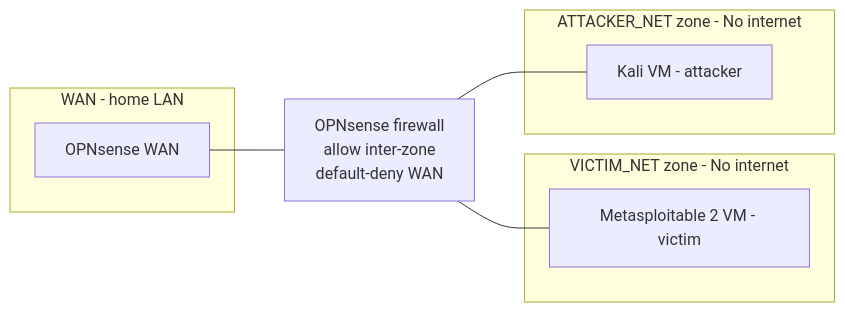
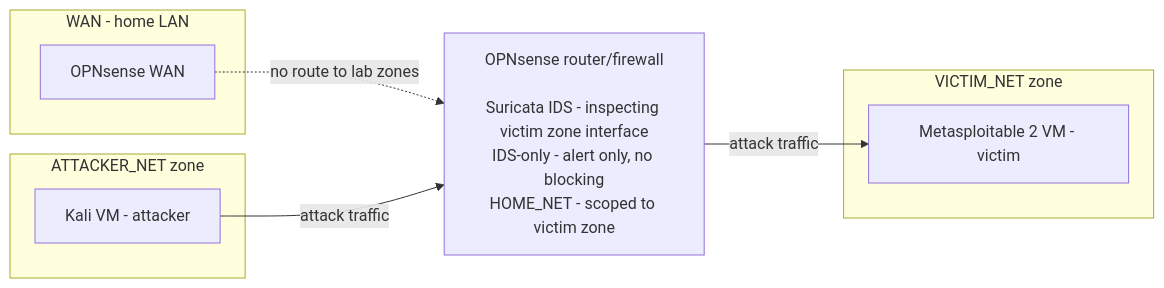
Before and after one commit to oliver-vucic/homelab-IDS: the diagram in README.md, drawn with Mermaid.

Commit message:
README.md_Draft5

````diff
--- a/README.md
+++ b/README.md
@@ -9,16 +9,16 @@
 ```mermaid
 flowchart LR
     subgraph WAN["WAN - home LAN"]
-        FW_WAN["OPNsense WAN"]
+        HOME["OPNsense WAN"]
     end
-    subgraph VICTIM_NET["VICTIM_NET zone - No internet"]
+    subgraph VICTIM_NET["VICTIM_NET zone"]
         VICTIM["Metasploitable 2 VM - victim"]
     end
-    subgraph ATTACKER_NET["ATTACKER_NET zone - No internet"]
+    subgraph ATTACKER_NET["ATTACKER_NET zone"]
         KALI["Kali VM - attacker"]
     end
-    FW["OPNsense firewall<br/>allow inter-zone<br/>default-deny WAN"]
-    FW_WAN --- FW
-    FW --- VICTIM
-    FW --- KALI
+    FW["OPNsense router/firewall<br/><br/>Suricata IDS - inspecting victim zone interface<br/>IDS-only - alert only, no blocking<br/>HOME_NET - scoped to victim zone"]
+    HOME -.->|"no route to lab zones"| FW
+    FW -->|"attack traffic"| VICTIM
+    KALI -->|"attack traffic"| FW
 ```
````
